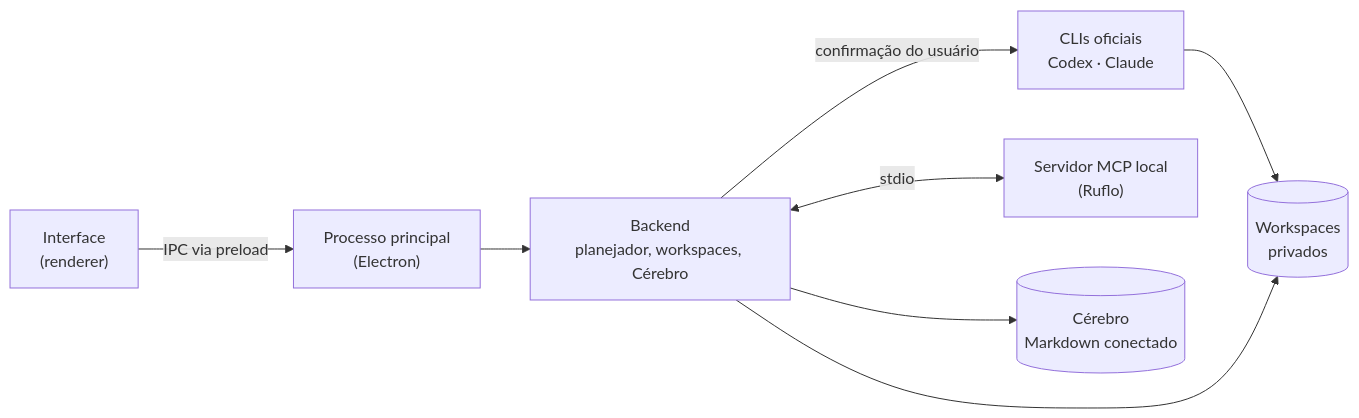
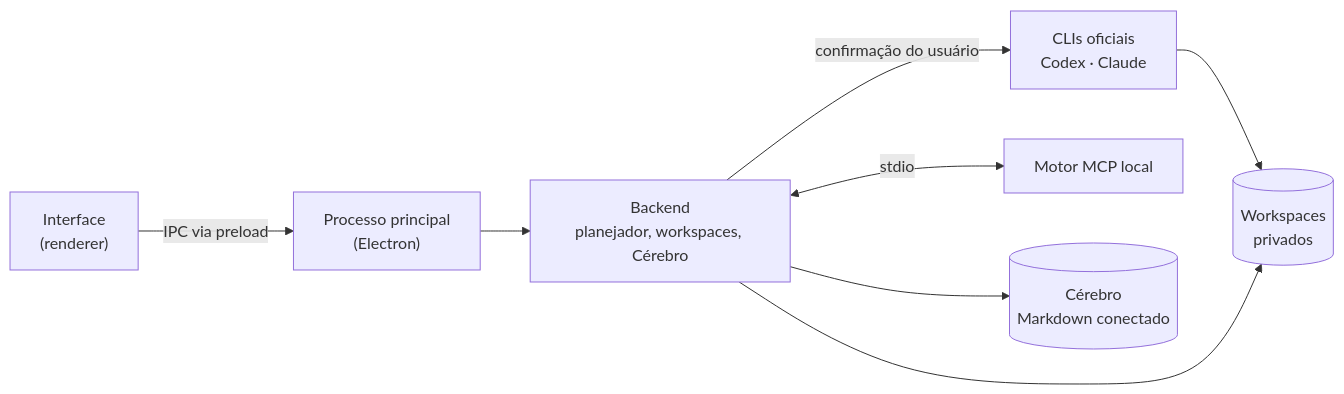
Before and after one commit to lgsMangolt/SanduBAH: the diagram in README.md, drawn with Mermaid. The commit also changed other lines of this file, not shown here.

````diff
--- a/README.md
+++ b/README.md
@@ -57,10 +57,10 @@
 ```mermaid
 flowchart LR
     UI["Interface<br/>(renderer)"] -->|IPC via preload| Main["Processo principal<br/>(Electron)"]
     Main --> Backend["Backend<br/>planejador, workspaces, Cérebro"]
     Backend -->|confirmação do usuário| CLIs["CLIs oficiais<br/>Codex · Claude"]
-    Backend <-->|stdio| MCP["Servidor MCP local<br/>(Ruflo)"]
+    Backend <-->|stdio| MCP["Motor MCP local"]
     CLIs --> WS
     Backend --> Brain[("Cérebro<br/>Markdown conectado")]
     Backend --> WS[("Workspaces<br/>privados")]
 ```
````
